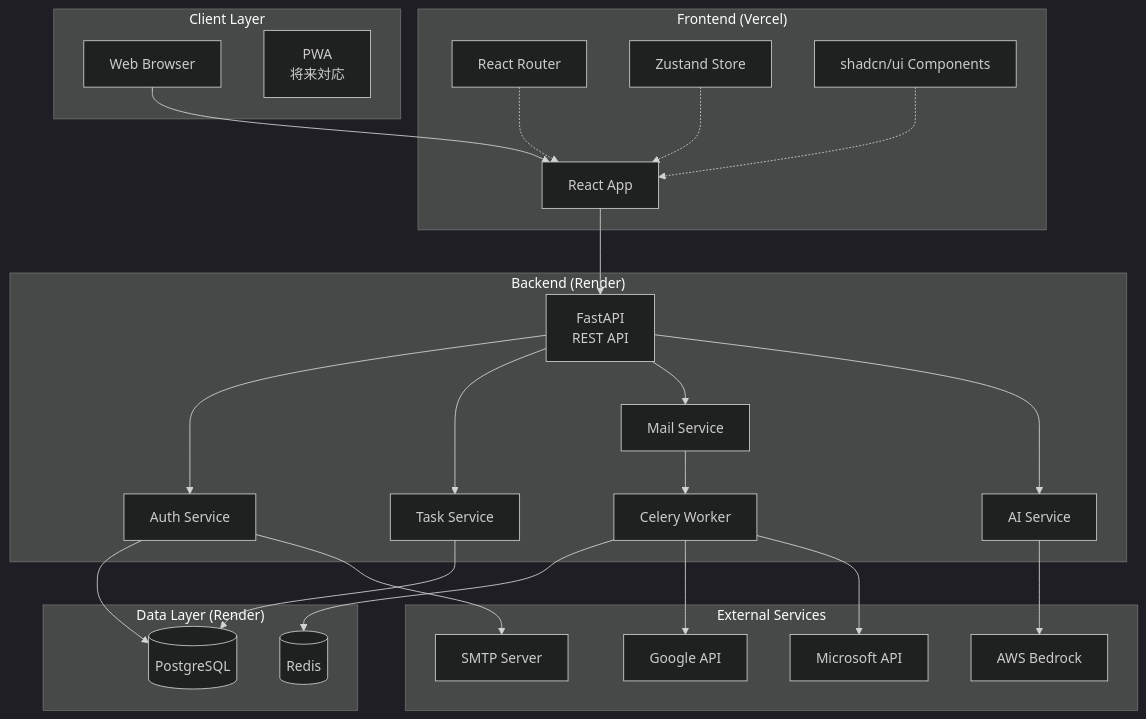
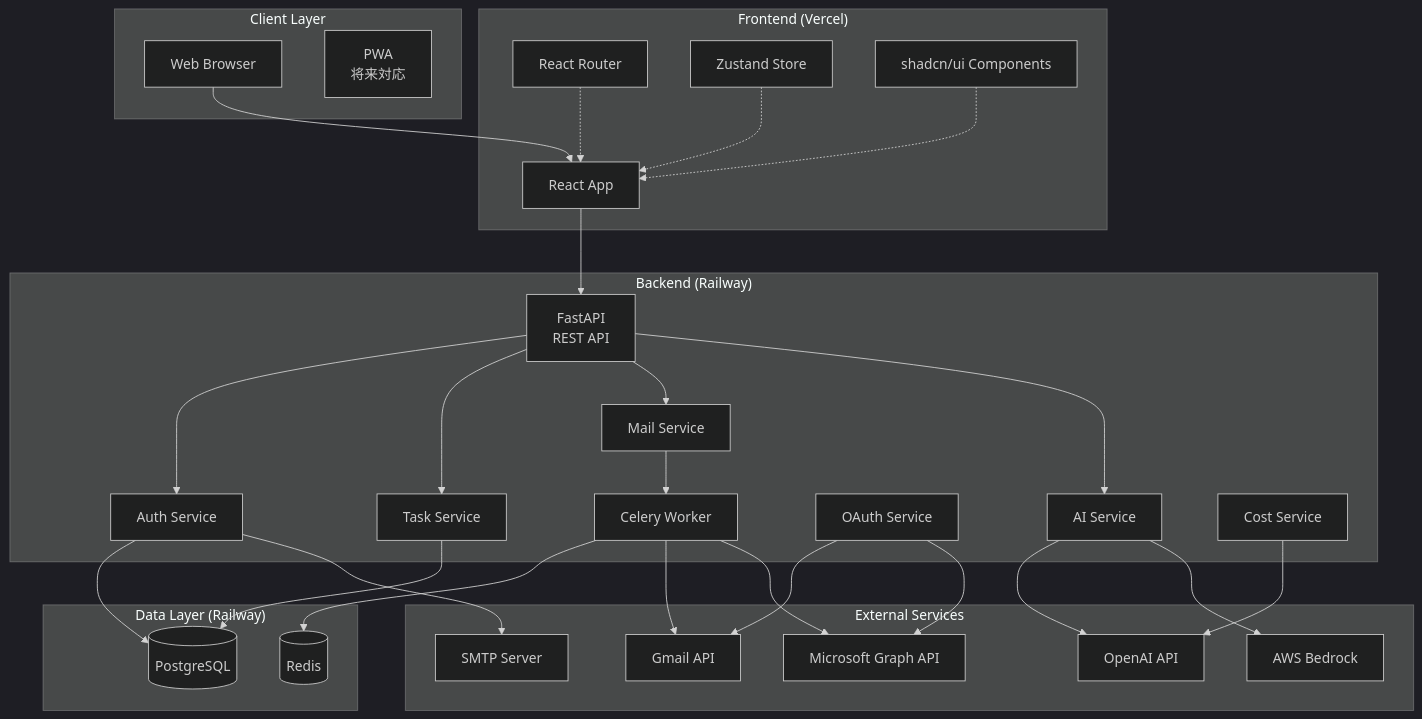
Before and after one commit to CafeIT25/pmo-agent: the first of 7 diagrams in docs/design.md, drawn with Mermaid (dark theme). The commit also changed other lines of this file and 29 other files, not shown here.

````diff
--- a/docs/design.md
+++ b/docs/design.md
@@ -9,55 +9,62 @@
 ```mermaid
 graph TB
     subgraph "Client Layer"
         Browser[Web Browser]
         PWA[PWA<br/>将来対応]
     end
     
     subgraph "Frontend (Vercel)"
         React[React App]
         Router[React Router]
         Store[Zustand Store]
         UI[shadcn/ui Components]
     end
     
-    subgraph "Backend (Render)"
+    subgraph "Backend (Railway)"
         API[FastAPI<br/>REST API]
         Auth[Auth Service]
         Task[Task Service]
         Mail[Mail Service]
         AI[AI Service]
+        OAuth[OAuth Service]
         Worker[Celery Worker]
+        Cost[Cost Service]
     end
     
-    subgraph "Data Layer (Render)"
+    subgraph "Data Layer (Railway)"
         PG[(PostgreSQL)]
         Redis[(Redis)]
     end
     
     subgraph "External Services"
-        Google[Google API]
-        MS[Microsoft API]
+        Google[Gmail API]
+        MS[Microsoft Graph API]
+        OpenAI[OpenAI API]
         Bedrock[AWS Bedrock]
         SMTP[SMTP Server]
     end
     
     Browser --> React
     React --> API
     API --> Auth
     API --> Task
     API --> Mail
     API --> AI
     
     Auth --> PG
     Task --> PG
     Mail --> Worker
     Worker --> Redis
     Worker --> Google
     Worker --> MS
+    OAuth --> Google
+    OAuth --> MS
+    AI --> OpenAI
     AI --> Bedrock
+    Cost --> OpenAI
     Auth --> SMTP
     
     Store -.-> React
     Router -.-> React
     UI -.-> React
 ```
````
